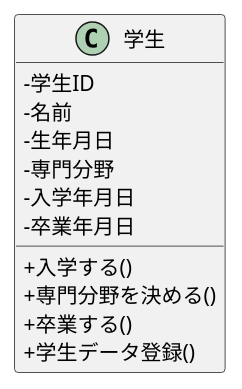
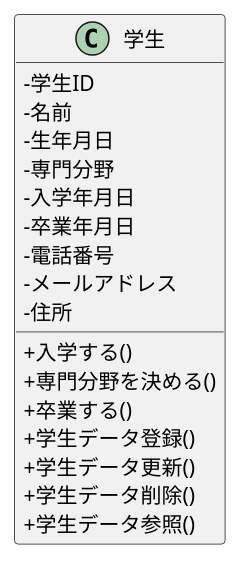
The diagram in 05_web_ronbun/class.pu (oharayu/ohara_uml), drawn with PlantUML before and after one commit. The commit also changed 11 other files, not shown here.

```diff
--- a/05_web_ronbun/class.pu
+++ b/05_web_ronbun/class.pu
@@ -1,17 +1,23 @@
 @startuml 学生クラス
 skinparam ClassAttributeIconSize 0
 class 学生 {
     -学生ID
     -名前
     -生年月日
     -専門分野
     -入学年月日
     -卒業年月日
+    -電話番号
+    -メールアドレス
+    -住所
     +入学する()
     +専門分野を決める()
     +卒業する()
     'シーケンス図をもとに追加
     +学生データ登録()
+    +学生データ更新()
+    +学生データ削除()
+    +学生データ参照()
 }
 
 @enduml
```
